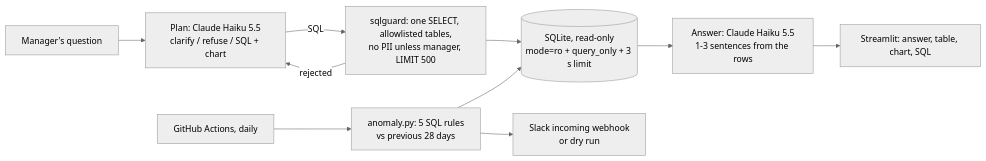
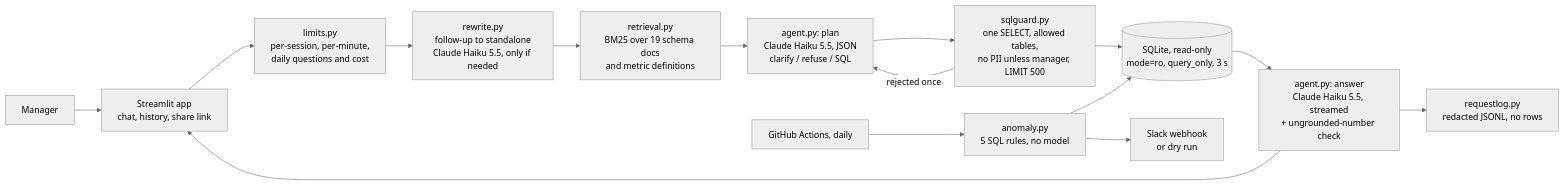
Before and after one commit to vamsialladev/hotel-ops-analytics-agent: the first of 2 diagrams in README.md, drawn with Mermaid (neutral theme). The commit also changed other lines of this file and 6 other files, not shown here.

Commit message:
docs: README, architecture, decisions 8-11, security, video script for v1.1.0

````diff
--- a/README.md
+++ b/README.md
@@ -50,12 +60,17 @@
 ```mermaid
 flowchart LR
-    Q[Manager's question] --> P[Plan: Claude Haiku 5.5<br/>clarify / refuse / SQL + chart]
-    P -->|SQL| G[sqlguard: one SELECT, allowlisted tables,<br/>no PII unless manager, LIMIT 500]
-    G -->|rejected| P
-    G --> DB[(SQLite, read-only<br/>mode=ro + query_only + 3 s limit)]
-    DB --> A[Answer: Claude Haiku 5.5<br/>1-3 sentences from the rows]
-    A --> UI[Streamlit: answer, table, chart, SQL]
-    CRON[GitHub Actions, daily] --> D[anomaly.py: 5 SQL rules<br/>vs previous 28 days]
-    D --> DB
-    D --> S[Slack incoming webhook<br/>or dry run]
+    U[Manager] --> UI[Streamlit app<br/>chat, history, share link]
+    UI --> LIM[limits.py<br/>per-session, per-minute,<br/>daily questions and cost]
+    LIM --> RW[rewrite.py<br/>follow-up to standalone<br/>Claude Haiku 5.5, only if needed]
+    RW --> RET[retrieval.py<br/>BM25 over 19 schema docs<br/>and metric definitions]
+    RET --> PLAN[agent.py: plan<br/>Claude Haiku 5.5, JSON<br/>clarify / refuse / SQL]
+    PLAN --> G[sqlguard.py<br/>one SELECT, allowed tables,<br/>no PII unless manager, LIMIT 500]
+    G -->|rejected once| PLAN
+    G --> DB[(SQLite, read-only<br/>mode=ro, query_only, 3 s)]
+    DB --> ANS[agent.py: answer<br/>Claude Haiku 5.5, streamed<br/>+ ungrounded-number check]
+    ANS --> UI
+    ANS --> LOG[requestlog.py<br/>redacted JSONL, no rows]
+    CRON[GitHub Actions, daily] --> AN[anomaly.py<br/>5 SQL rules, no model]
+    AN --> DB
+    AN --> SL[Slack webhook<br/>or dry run]
 ```
````
